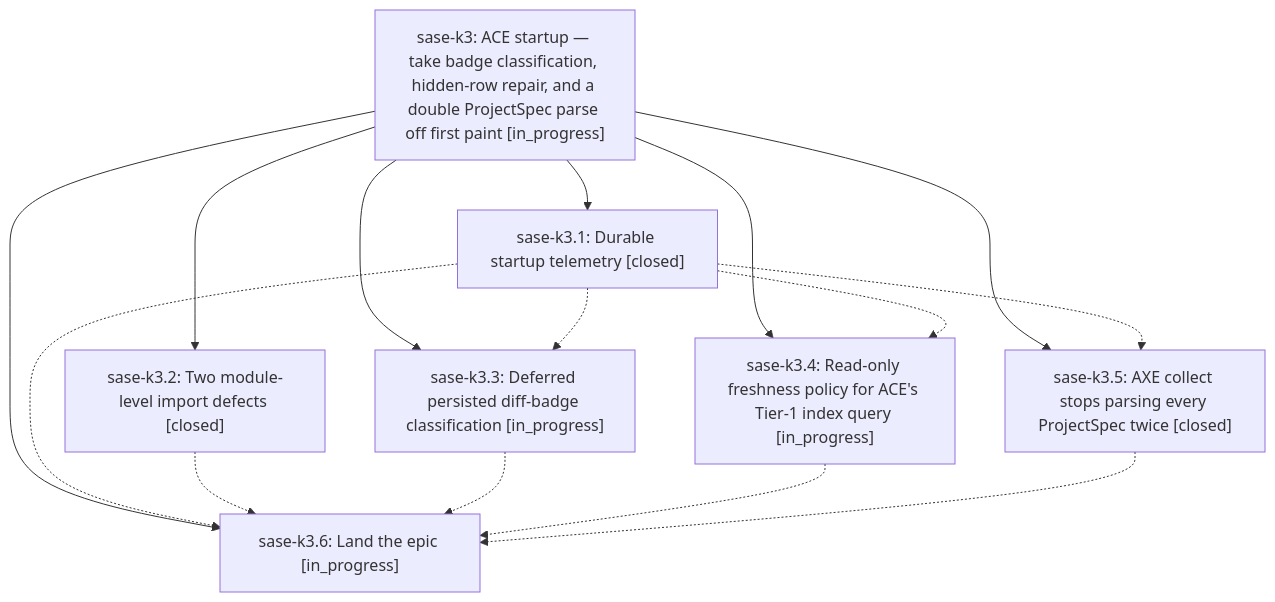
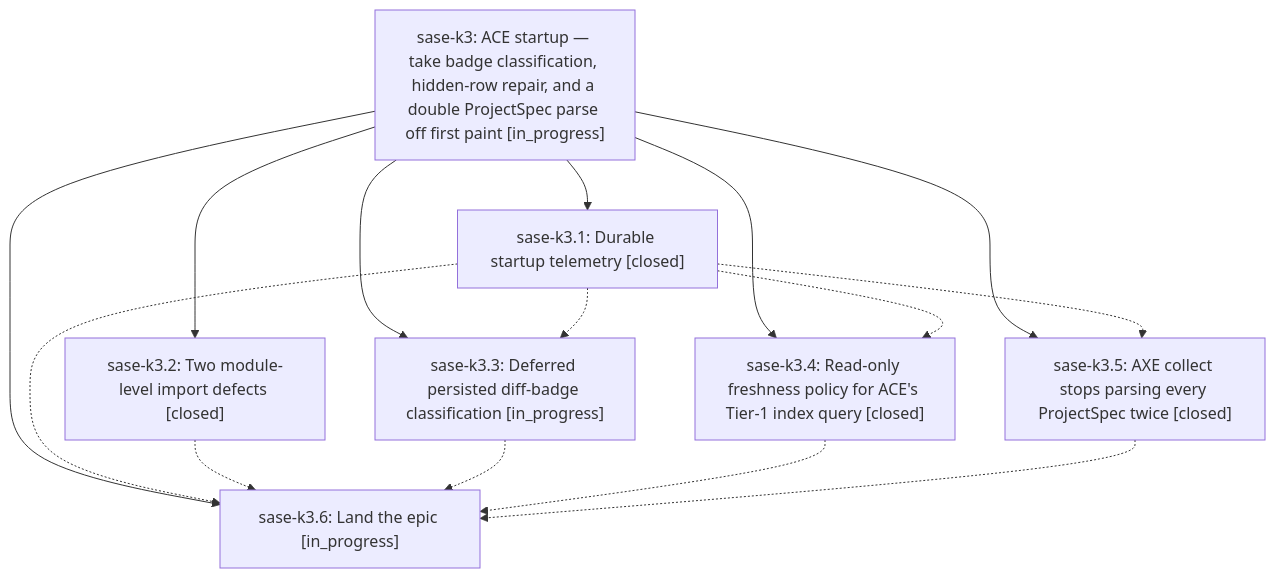
One commit to sase-org/sase--beads changed the diagram in pages/sase-k3/README.md. Above: the diagram before and after it, drawn with Mermaid. The commit also changed other lines of this file and 4 other files, not shown here.

````diff
--- a/pages/sase-k3/README.md
+++ b/pages/sase-k3/README.md
@@ -27,24 +27,24 @@
 ```mermaid
 flowchart TD
     n0["sase-k3: ACE startup — take badge classification, hidden-row repair, and a double ProjectSpec parse off first paint [in_progress]"]
     n1["sase-k3.1: Durable startup telemetry [closed]"]
     n2["sase-k3.2: Two module-level import defects [closed]"]
     n3["sase-k3.3: Deferred persisted diff-badge classification [in_progress]"]
-    n4["sase-k3.4: Read-only freshness policy for ACE's Tier-1 index query [in_progress]"]
+    n4["sase-k3.4: Read-only freshness policy for ACE's Tier-1 index query [closed]"]
     n5["sase-k3.5: AXE collect stops parsing every ProjectSpec twice [closed]"]
     n6["sase-k3.6: Land the epic [in_progress]"]
     n0 --> n1
     n0 --> n2
     n0 --> n3
     n0 --> n4
     n0 --> n5
     n0 --> n6
     n1 -.-> n3
     n1 -.-> n4
     n1 -.-> n5
     n1 -.-> n6
     n2 -.-> n6
     n3 -.-> n6
     n4 -.-> n6
     n5 -.-> n6
 ```
````
